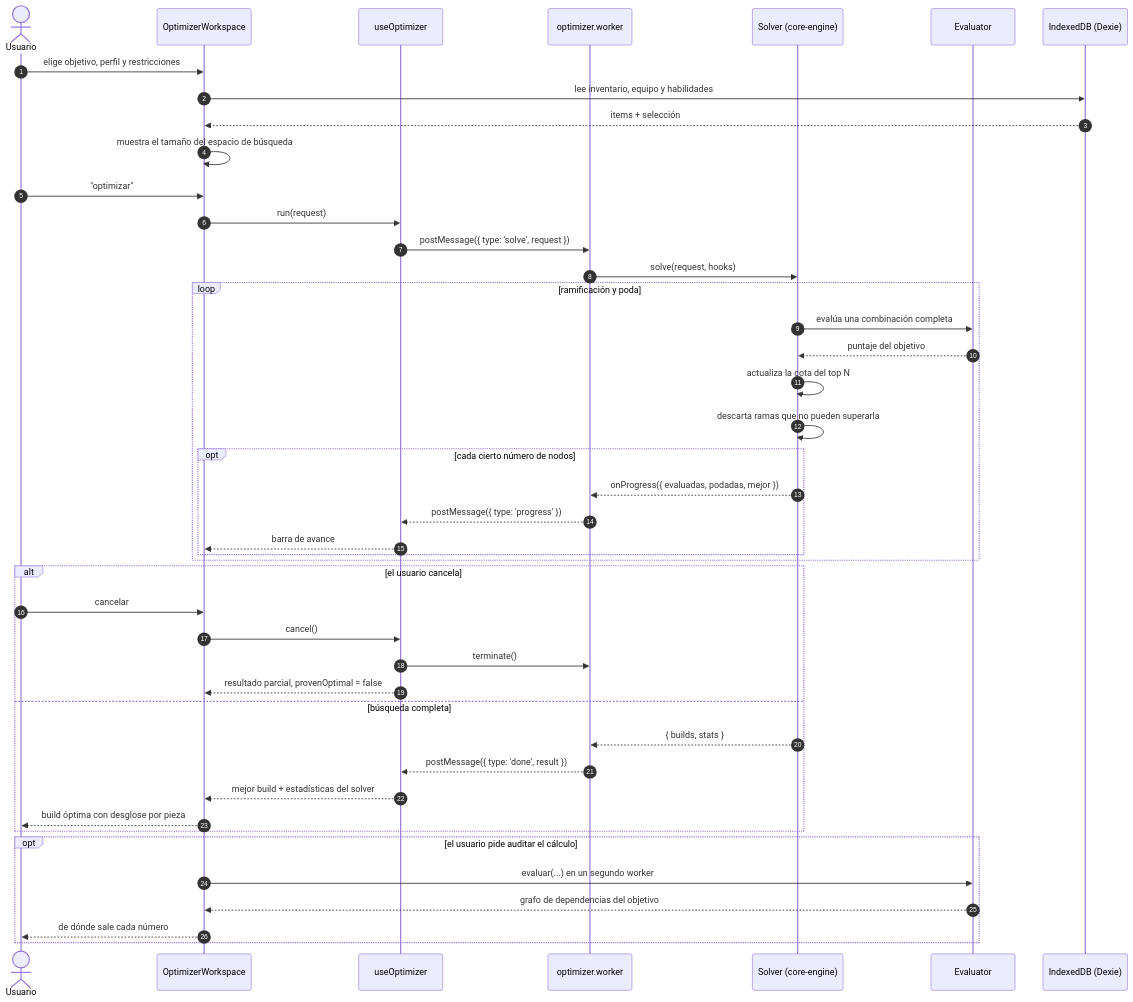
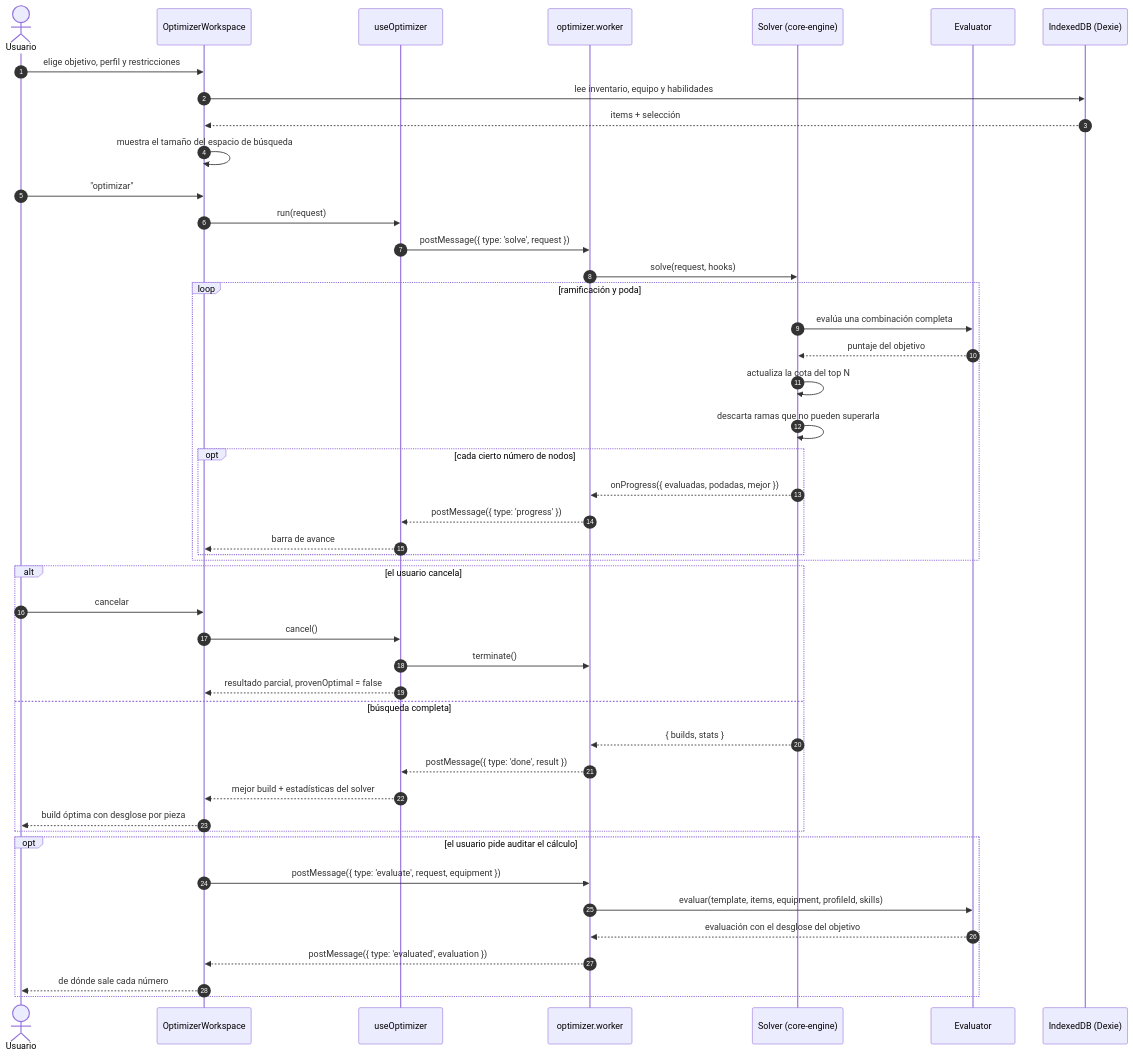
One commit to Cooounterfeit/Optimizador_RPG changed the third of 3 diagrams in docs/uml.md. Above: the diagram before and after it, drawn with Mermaid. The commit also changed other lines of this file and 64 other files, not shown here.

````diff
--- a/docs/uml.md
+++ b/docs/uml.md
@@ -246,50 +244,52 @@
 ```mermaid
 sequenceDiagram
     autonumber
     actor U as Usuario
     participant W as OptimizerWorkspace
     participant H as useOptimizer
     participant K as optimizer.worker
     participant S as Solver (core-engine)
     participant E as Evaluator
     participant D as IndexedDB (Dexie)
 
     U->>W: elige objetivo, perfil y restricciones
     W->>D: lee inventario, equipo y habilidades
     D-->>W: items + selección
     W->>W: muestra el tamaño del espacio de búsqueda
     U->>W: "optimizar"
     W->>H: run(request)
     H->>K: postMessage({ type: 'solve', request })
     K->>S: solve(request, hooks)
 
     loop ramificación y poda
         S->>E: evalúa una combinación completa
         E-->>S: puntaje del objetivo
         S->>S: actualiza la cota del top N
         S->>S: descarta ramas que no pueden superarla
         opt cada cierto número de nodos
             S-->>K: onProgress({ evaluadas, podadas, mejor })
             K-->>H: postMessage({ type: 'progress' })
             H-->>W: barra de avance
         end
     end
 
     alt el usuario cancela
         U->>W: cancelar
         W->>H: cancel()
         H->>K: terminate()
         H-->>W: resultado parcial, provenOptimal = false
     else búsqueda completa
         S-->>K: { builds, stats }
         K-->>H: postMessage({ type: 'done', result })
         H-->>W: mejor build + estadísticas del solver
         W-->>U: build óptima con desglose por pieza
     end
 
     opt el usuario pide auditar el cálculo
-        W->>E: evaluar(...) en un segundo worker
-        E-->>W: grafo de dependencias del objetivo
+        W->>K: postMessage({ type: 'evaluate', request, equipment })
+        K->>E: evaluar(template, items, equipment, profileId, skills)
+        E-->>K: evaluación con el desglose del objetivo
+        K-->>W: postMessage({ type: 'evaluated', evaluation })
         W-->>U: de dónde sale cada número
     end
 ```
````
